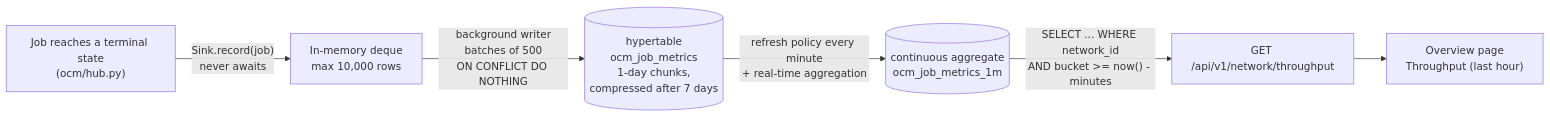
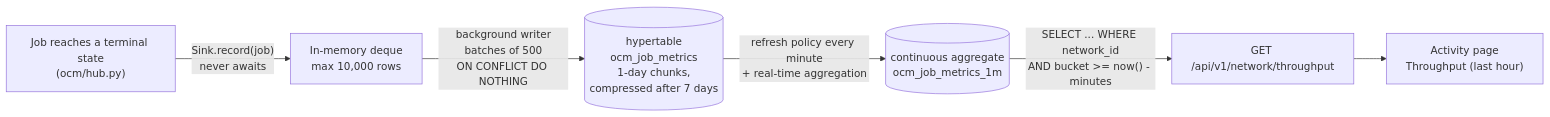
The second of 3 diagrams in docs/SPONSORS.md (roshaninfordham/opencomputemesh), drawn with Mermaid before and after one commit. The commit also changed other lines of this file and 5 other files, not shown here.

````diff
--- a/docs/SPONSORS.md
+++ b/docs/SPONSORS.md
@@ -126,8 +126,8 @@
 ```mermaid
 flowchart LR
   J["Job reaches a terminal state<br/>(ocm/hub.py)"] -->|"Sink.record(job)<br/>never awaits"| BUF["In-memory deque<br/>max 10,000 rows"]
   BUF -->|"background writer<br/>batches of 500<br/>ON CONFLICT DO NOTHING"| HT[("hypertable<br/>ocm_job_metrics<br/>1-day chunks,<br/>compressed after 7 days")]
   HT -->|"refresh policy every minute<br/>+ real-time aggregation"| CA[("continuous aggregate<br/>ocm_job_metrics_1m")]
   CA -->|"SELECT ... WHERE network_id<br/>AND bucket >= now() - minutes"| EP["GET /api/v1/network/throughput"]
-  EP --> UI["Overview page<br/>Throughput (last hour)"]
+  EP --> UI["Activity page<br/>Throughput (last hour)"]
 ```
````
